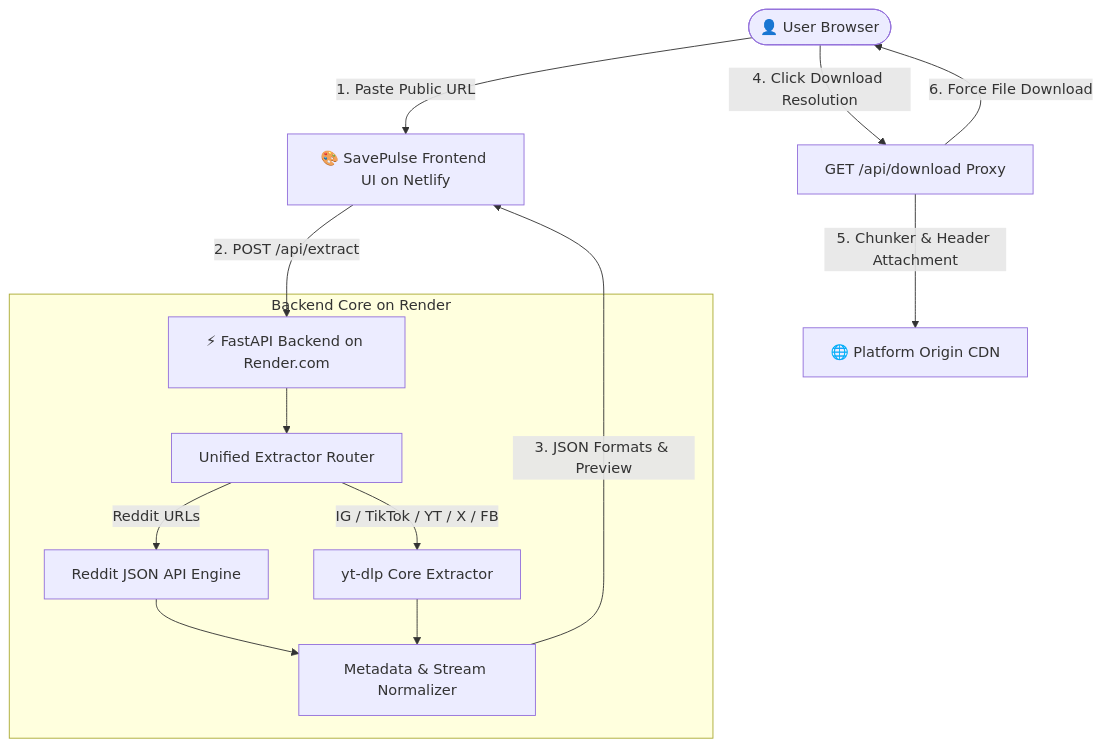
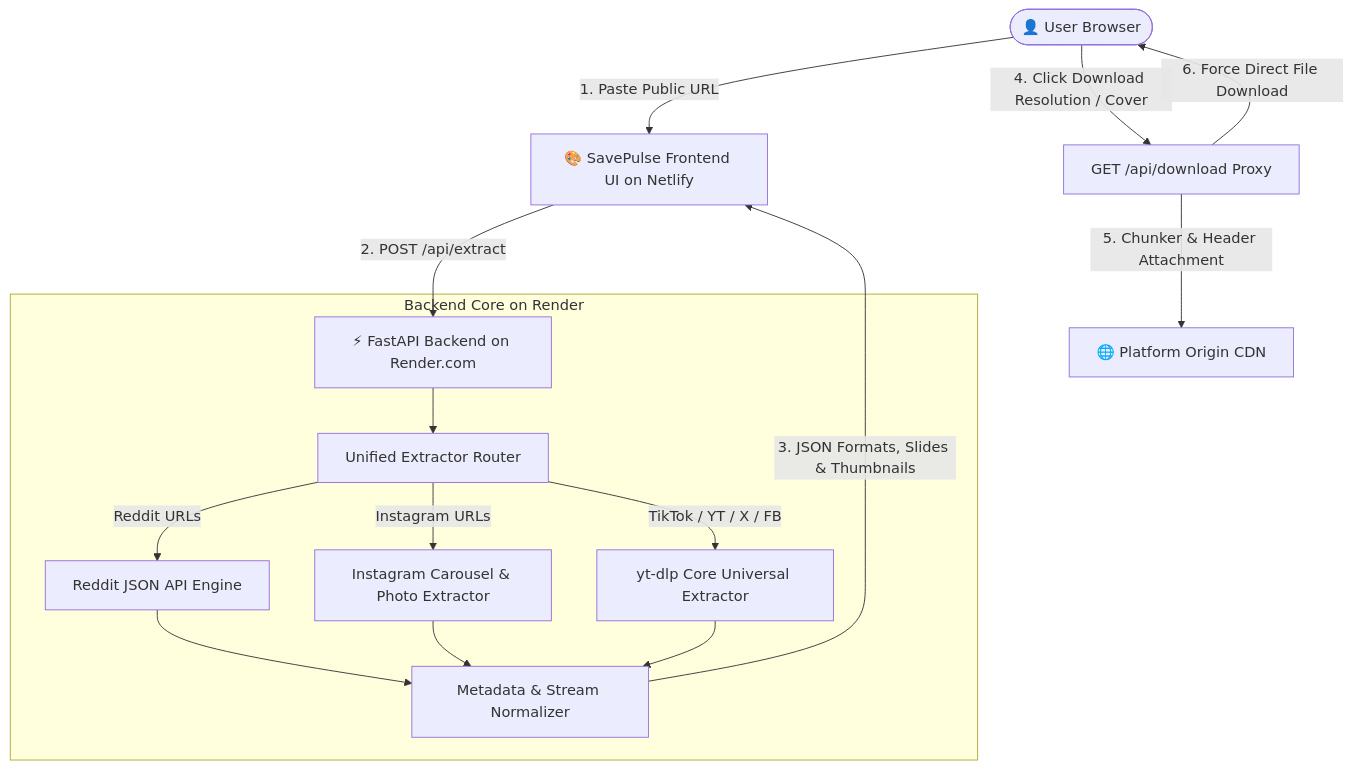
One commit to aakashsakhalkar/SavePulse changed the first of 2 diagrams in README.md. Above: the diagram before and after it, drawn with Mermaid. The commit also changed other lines of this file, not shown here.

Commit message:
Update README.md with comprehensive documentation, 20-photo carousel support, and cover downloads

````diff
--- a/README.md
+++ b/README.md
@@ -60,20 +61,22 @@
 ```mermaid
 graph TD
     User([👤 User Browser]) -->|1. Paste Public URL| Frontend[🎨 SavePulse Frontend UI on Netlify]
     Frontend -->|2. POST /api/extract| FastAPI[⚡ FastAPI Backend on Render.com]
     
     subgraph Backend Core on Render
         FastAPI --> Router[Unified Extractor Router]
         
         Router -->|Reddit URLs| RedditEngine[Reddit JSON API Engine]
-        Router -->|IG / TikTok / YT / X / FB| YtDlpEngine[yt-dlp Core Extractor]
+        Router -->|Instagram URLs| InstagramEngine[Instagram Carousel & Photo Extractor]
+        Router -->|TikTok / YT / X / FB| YtDlpEngine[yt-dlp Core Universal Extractor]
         
         RedditEngine --> MetadataParser[Metadata & Stream Normalizer]
+        InstagramEngine --> MetadataParser
         YtDlpEngine --> MetadataParser
     end
     
-    MetadataParser -->|3. JSON Formats & Preview| Frontend
-    User -->|4. Click Download Resolution| StreamProxy[GET /api/download Proxy]
+    MetadataParser -->|3. JSON Formats, Slides & Thumbnails| Frontend
+    User -->|4. Click Download Resolution / Cover| StreamProxy[GET /api/download Proxy]
     StreamProxy -->|5. Chunker & Header Attachment| OriginCDN[🌐 Platform Origin CDN]
-    StreamProxy -->|6. Force File Download| User
+    StreamProxy -->|6. Force Direct File Download| User
 ```
````
